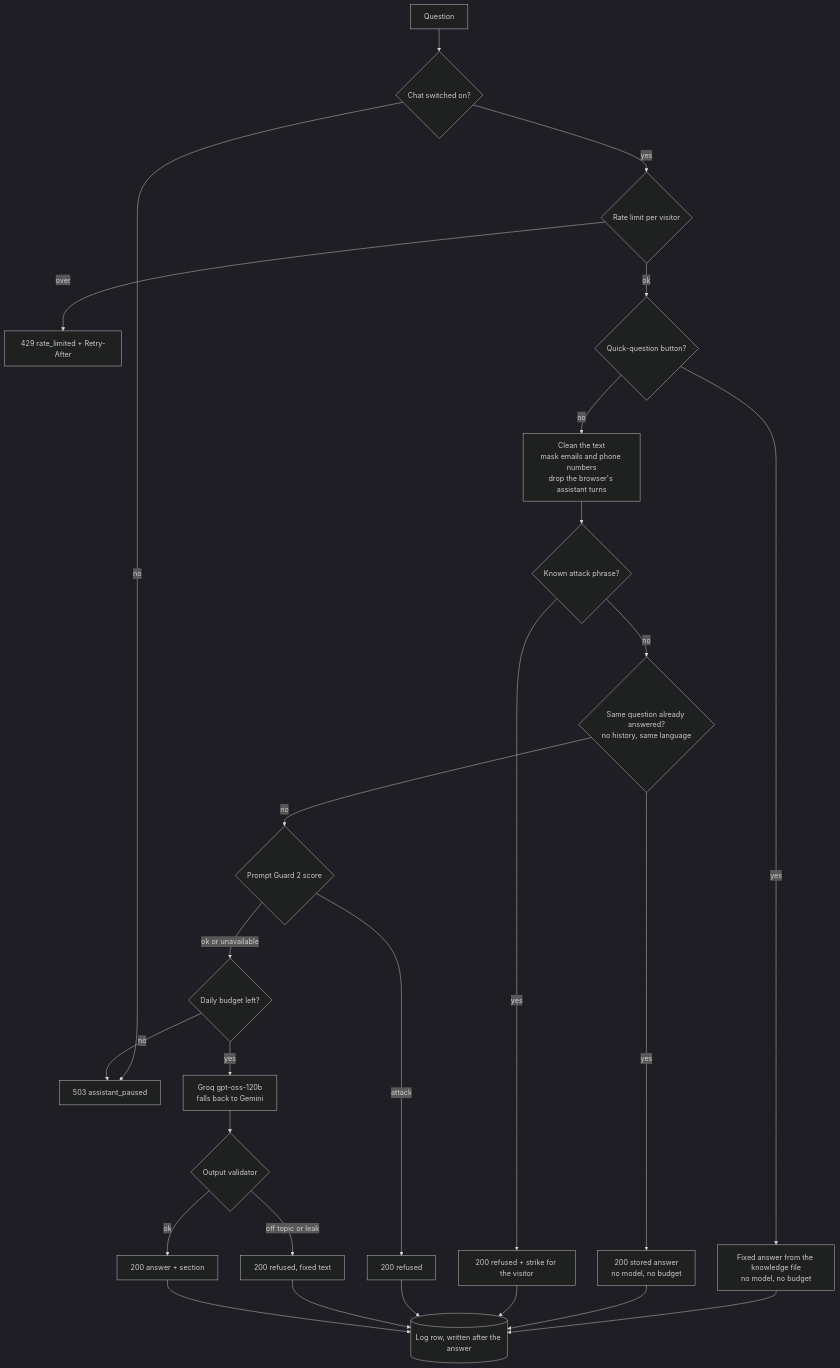
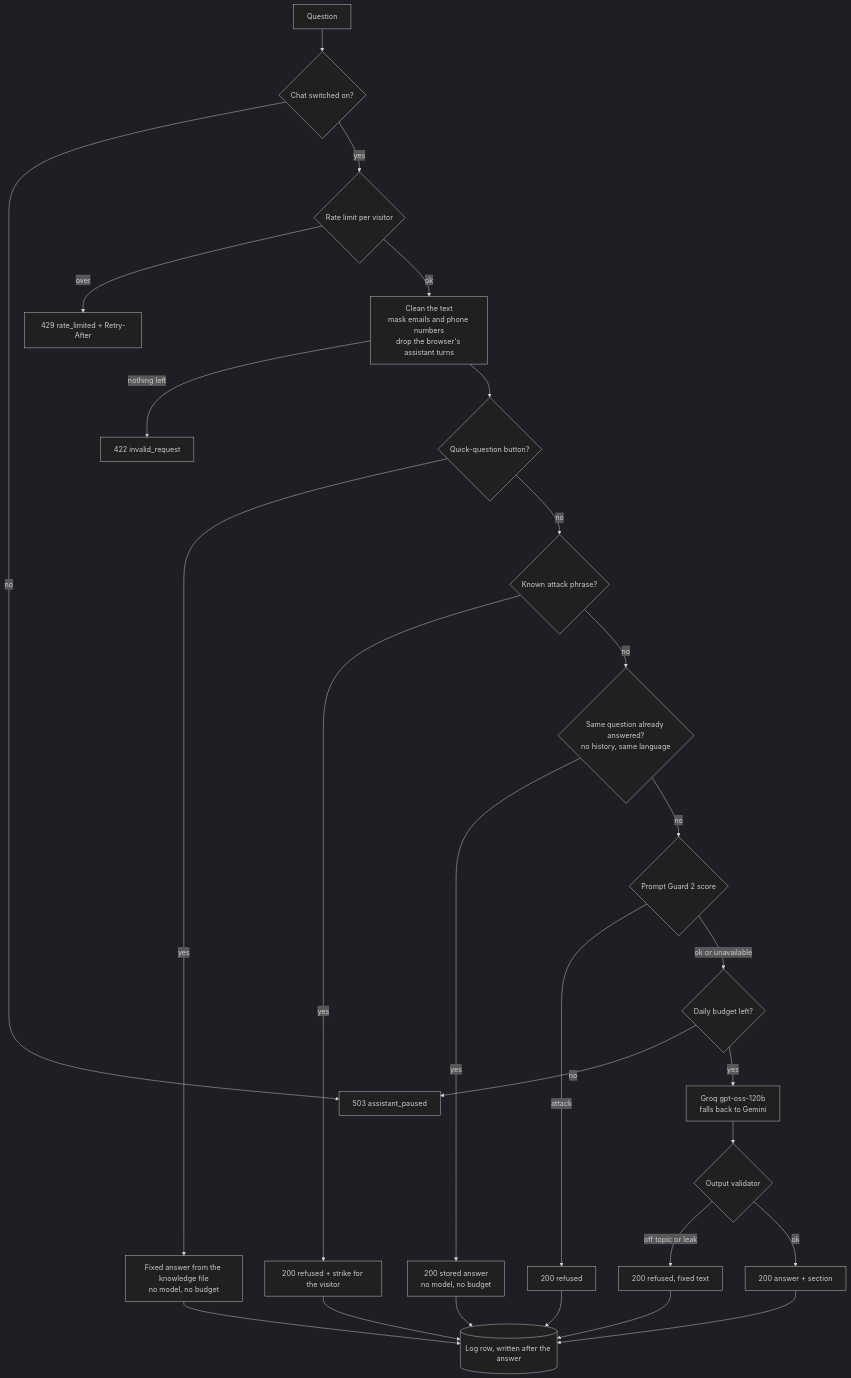
The diagram in docs/chat-flow.md (Joalregra/developer-portfolio), drawn with Mermaid (dark theme) before and after one commit. The commit also changed other lines of this file and 6 other files, not shown here.

````diff
--- a/docs/chat-flow.md
+++ b/docs/chat-flow.md
@@ -7,28 +7,29 @@
 ```mermaid
 flowchart TD
   Q[Question] --> S{Chat switched on?}
   S -- no --> P[503 assistant_paused]
   S -- yes --> R{Rate limit per visitor}
   R -- over --> L[429 rate_limited + Retry-After]
-  R -- ok --> K{Quick-question button?}
+  R -- ok --> C[Clean the text<br/>mask emails and phone numbers<br/>drop the browser's assistant turns]
+  C -- nothing left --> E[422 invalid_request]
+  C --> K{Quick-question button?}
   K -- yes --> QA[Fixed answer from the knowledge file<br/>no model, no budget]
-  K -- no --> C[Clean the text<br/>mask emails and phone numbers<br/>drop the browser's assistant turns]
-  C --> H{Known attack phrase?}
+  K -- no --> H{Known attack phrase?}
   H -- yes --> X[200 refused + strike for the visitor]
   H -- no --> AC{Same question already answered?<br/>no history, same language}
   AC -- yes --> CA[200 stored answer<br/>no model, no budget]
   AC -- no --> G{Prompt Guard 2 score}
   G -- attack --> X2[200 refused]
   G -- ok or unavailable --> B{Daily budget left?}
   B -- no --> P
   B -- yes --> M[Groq gpt-oss-120b<br/>falls back to Gemini]
   M --> V{Output validator}
   V -- off topic or leak --> X3[200 refused, fixed text]
   V -- ok --> A[200 answer + section]
   QA --> LOG[(Log row, written after the answer)]
   CA --> LOG
   X --> LOG
   X2 --> LOG
   X3 --> LOG
   A --> LOG
 ```
````
